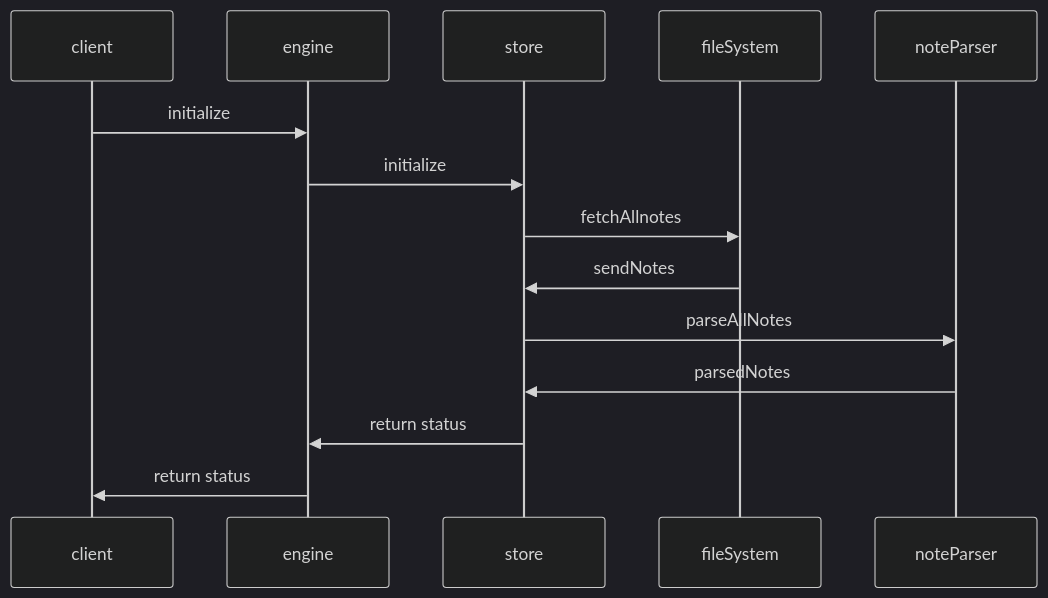
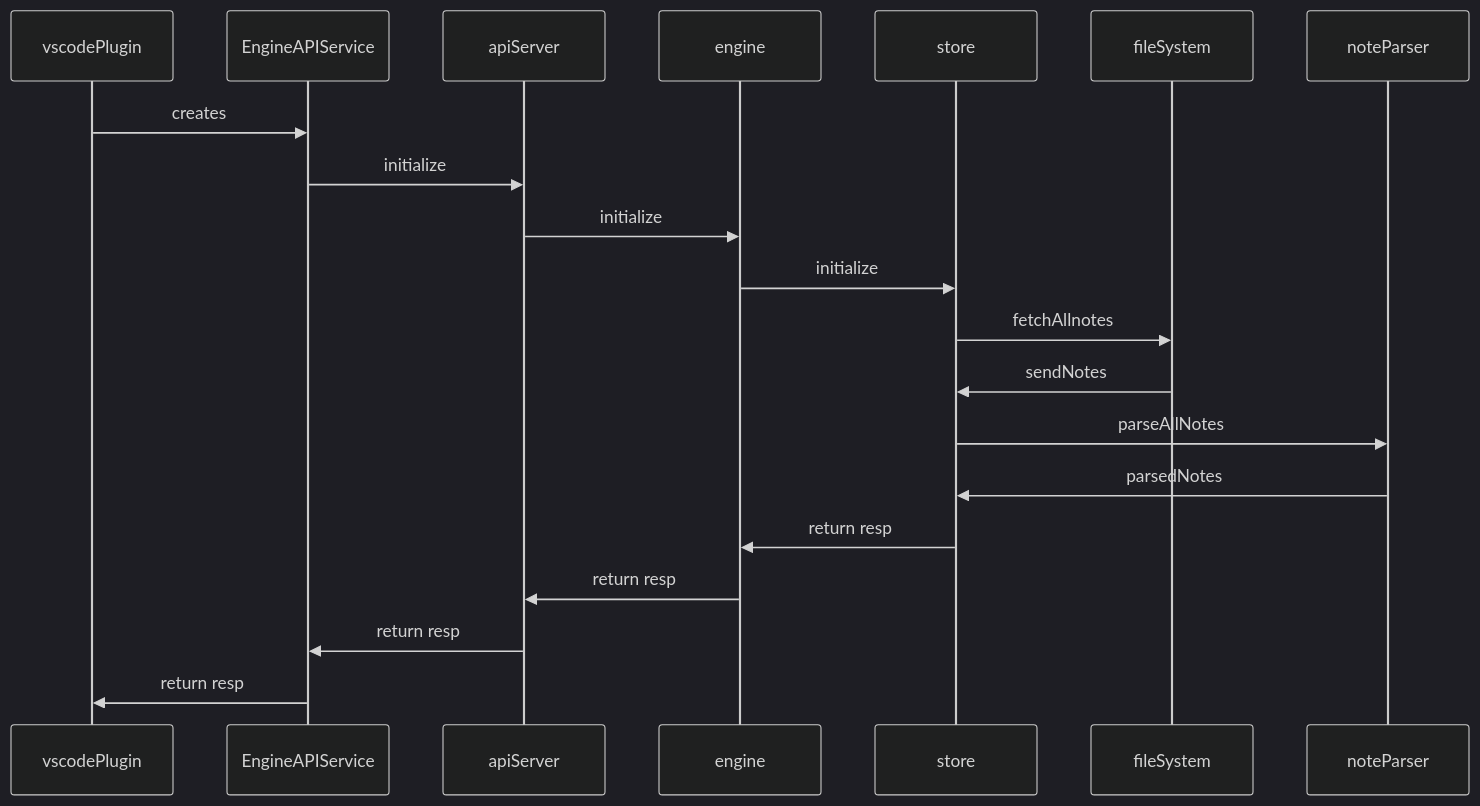
Before and after one commit to dendronhq/dendron-docs: the diagram in vault/pkg.dendron-engine.arch.lifecycle.md, drawn with Mermaid (dark theme). The commit also changed other lines of this file, not shown here.

Commit message:
update engine architecture diagram

````diff
--- a/vault/pkg.dendron-engine.arch.lifecycle.md
+++ b/vault/pkg.dendron-engine.arch.lifecycle.md
@@ -11,16 +11,22 @@
 ```mermaid
 sequenceDiagram
-    participant client
+    participant vscodePlugin
+    participant EngineAPIService
+    participant apiServer
     participant engine
     participant store
     participant fileSystem
     participant noteParser
-    client->>engine: initialize
+    vscodePlugin->>EngineAPIService: creates
+    EngineAPIService->>apiServer: initialize
+    apiServer->>engine: initialize
     engine->>store: initialize
     store->>fileSystem: fetchAllnotes
     fileSystem->>store: sendNotes;
     store->>noteParser: parseAllNotes
     noteParser->>store: parsedNotes
-    store->>engine: return status
-    engine->>client: return status
+    store->>engine: return resp
+    engine->>apiServer: return resp
+    apiServer->>EngineAPIService: return resp
+    EngineAPIService->>vscodePlugin: return resp
 ```
````
